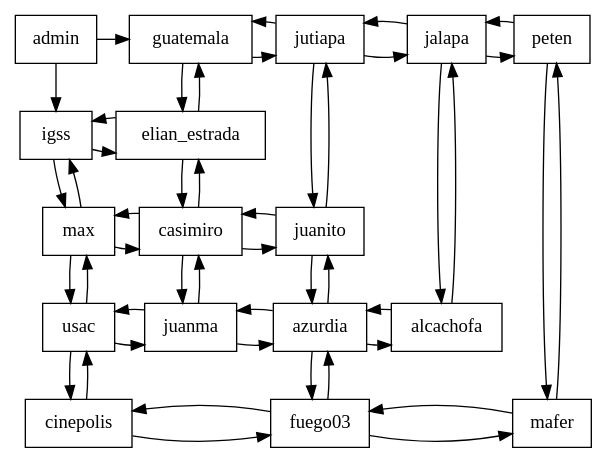
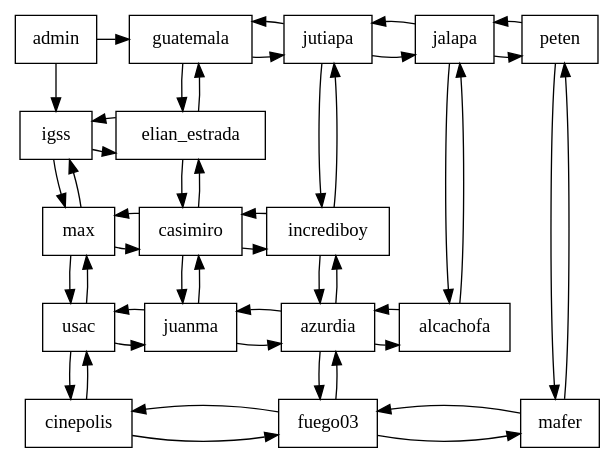
The diagram in cmake-build-debug/matriz.dot (Mlvin40/RentaDeActivos), drawn with Graphviz before and after one commit. The commit also changed 20 other files, not shown here.

```diff
--- a/cmake-build-debug/matriz.dot
+++ b/cmake-build-debug/matriz.dot
@@ -1,88 +1,88 @@
 digraph G {
     node [shape=box];
     n0 [label = "admin" group=1];
 guatemala[label = "guatemala" group=2];
 jutiapa[label = "jutiapa" group=3];
 jalapa[label = "jalapa" group=4];
 peten[label = "peten" group=5];
 n0 -> guatemala;
 guatemala -> jutiapa;
 jutiapa -> guatemala;
 jutiapa -> jalapa;
 jalapa -> jutiapa;
 jalapa -> peten;
 peten -> jalapa;
 igss[label = "igss" group=1];
 max[label = "max" group=1];
 usac[label = "usac" group=1];
 cinepolis[label = "cinepolis" group=1];
 n0 -> igss;
 igss -> max;
 max -> igss;
 max -> usac;
 usac -> max;
 usac -> cinepolis;
 cinepolis -> usac;
 {rank=same; n0; guatemala; jutiapa; jalapa; peten; }
 
 igss[label = "igss" group=1];
 elian_estrada[label = "elian_estrada" group=2];
 max[label = "max" group=0];
 casimiro[label = "casimiro" group=2];
-juanito[label = "juanito" group=3];
+incrediboy[label = "incrediboy" group=3];
 usac[label = "usac" group=0];
 juanma[label = "juanma" group=2];
 azurdia[label = "azurdia" group=3];
 alcachofa[label = "alcachofa" group=4];
 cinepolis[label = "cinepolis" group=0];
 fuego03[label = "fuego03" group=3];
 mafer[label = "mafer" group=5];
 {rank=same;igss; elian_estrada; }
 
-{rank=same;max; casimiro; juanito; }
+{rank=same;max; casimiro; incrediboy; }
 
 {rank=same;usac; juanma; azurdia; alcachofa; }
 
 {rank=same;cinepolis; fuego03; mafer; }
 
 igss -> elian_estrada;
 elian_estrada -> igss;
 elian_estrada -> guatemala;
 guatemala -> elian_estrada;
 
 max -> casimiro;
 casimiro -> max;
-casimiro -> juanito;
-juanito -> casimiro;
+casimiro -> incrediboy;
+incrediboy -> casimiro;
 casimiro -> elian_estrada;
 elian_estrada -> casimiro;
 
-juanito -> jutiapa;
-jutiapa -> juanito;
+incrediboy -> jutiapa;
+jutiapa -> incrediboy;
 
 usac -> juanma;
 juanma -> usac;
 juanma -> azurdia;
 azurdia -> juanma;
 juanma -> casimiro;
 casimiro -> juanma;
 
 azurdia -> alcachofa;
 alcachofa -> azurdia;
-azurdia -> juanito;
-juanito -> azurdia;
+azurdia -> incrediboy;
+incrediboy -> azurdia;
 
 alcachofa -> jalapa;
 jalapa -> alcachofa;
 
 cinepolis -> fuego03;
 fuego03 -> cinepolis;
 fuego03 -> mafer;
 mafer -> fuego03;
 fuego03 -> azurdia;
 azurdia -> fuego03;
 
 mafer -> peten;
 peten -> mafer;
 
 }
```
